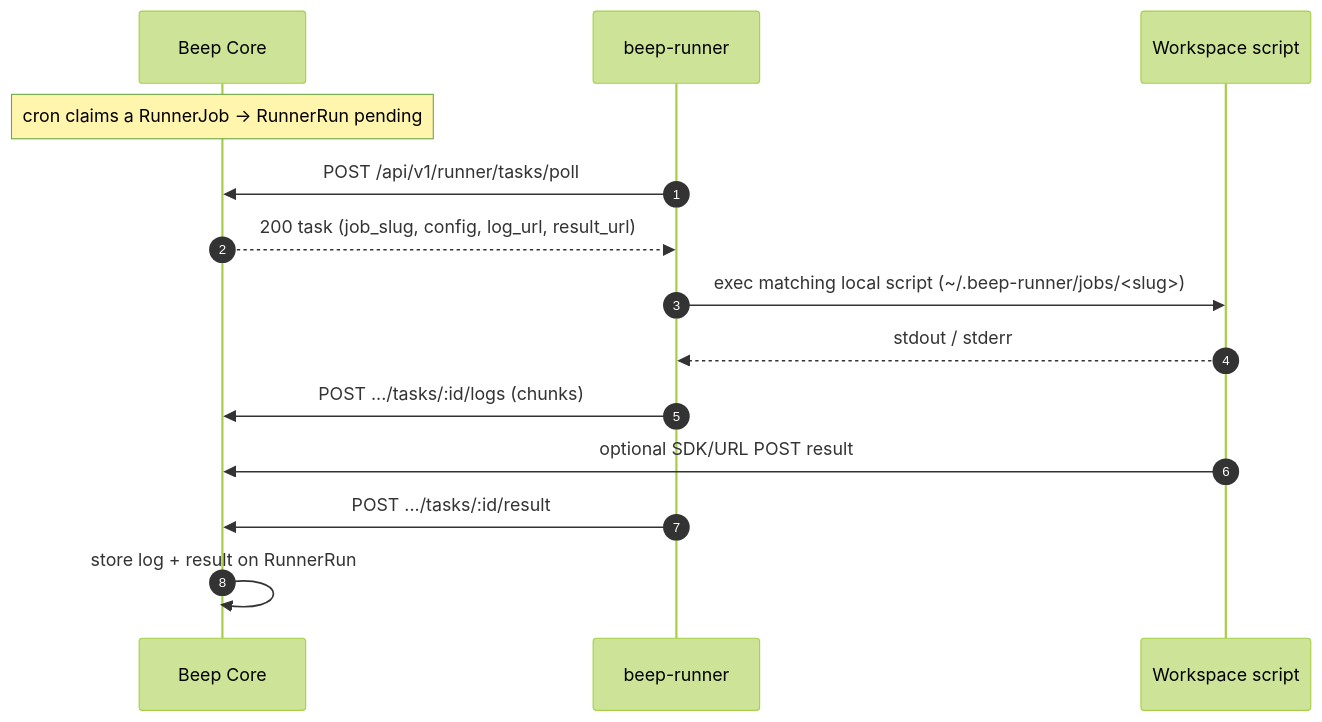
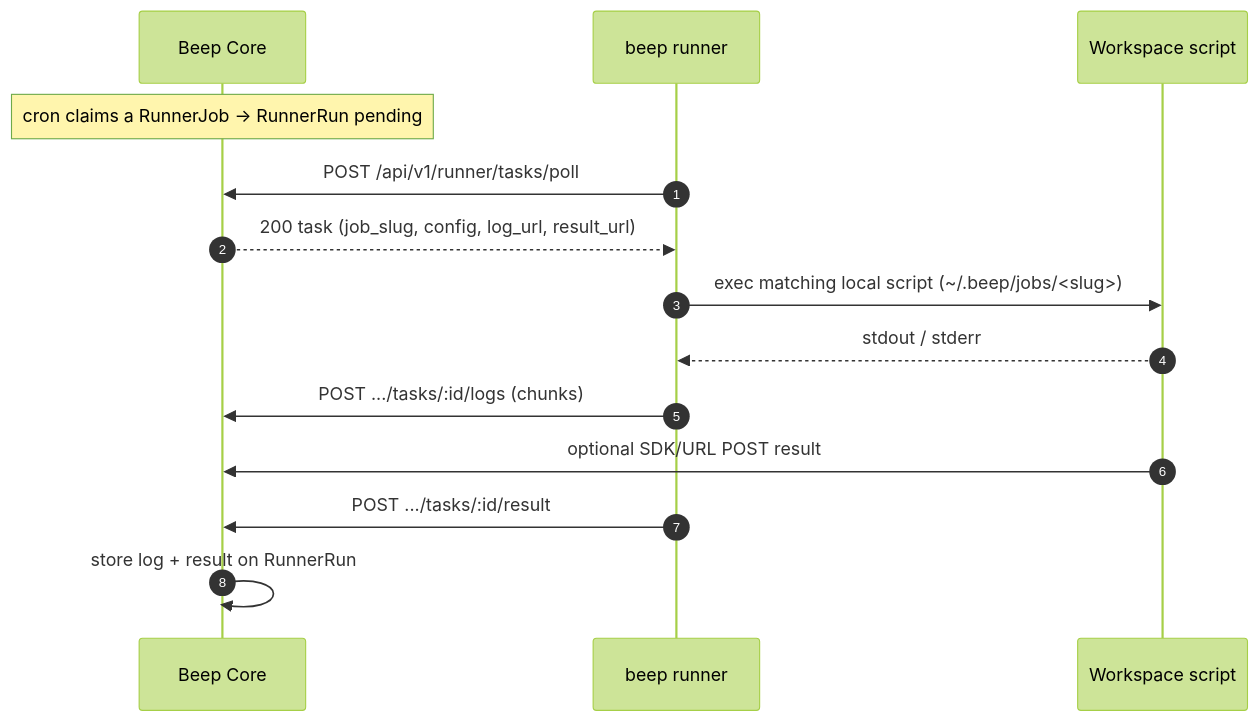
The diagram in docs/architecture/runner.md (yuler/beep), drawn with Mermaid (forest theme) before and after one commit. The commit also changed other lines of this file and 77 other files, not shown here.

Commit message:
♻️ [cli] Restructure runner into unified beep CLI

````diff
--- a/docs/architecture/runner.md
+++ b/docs/architecture/runner.md
@@ -7,17 +7,17 @@
 ```mermaid
 sequenceDiagram
   autonumber
   participant Core as Beep Core
-  participant Runner as beep-runner
+  participant Runner as beep runner
   participant Script as Workspace script
 
   Note over Core: cron claims a RunnerJob → RunnerRun pending
   Runner->>Core: POST /api/v1/runner/tasks/poll
   Core-->>Runner: 200 task (job_slug, config, log_url, result_url)
-  Runner->>Script: exec matching local script (~/.beep-runner/jobs/<slug>)
+  Runner->>Script: exec matching local script (~/.beep/jobs/<slug>)
   Script-->>Runner: stdout / stderr
   Runner->>Core: POST .../tasks/:id/logs (chunks)
   Script->>Core: optional SDK/URL POST result
   Runner->>Core: POST .../tasks/:id/result
   Core->>Core: store log + result on RunnerRun
 ```
````
